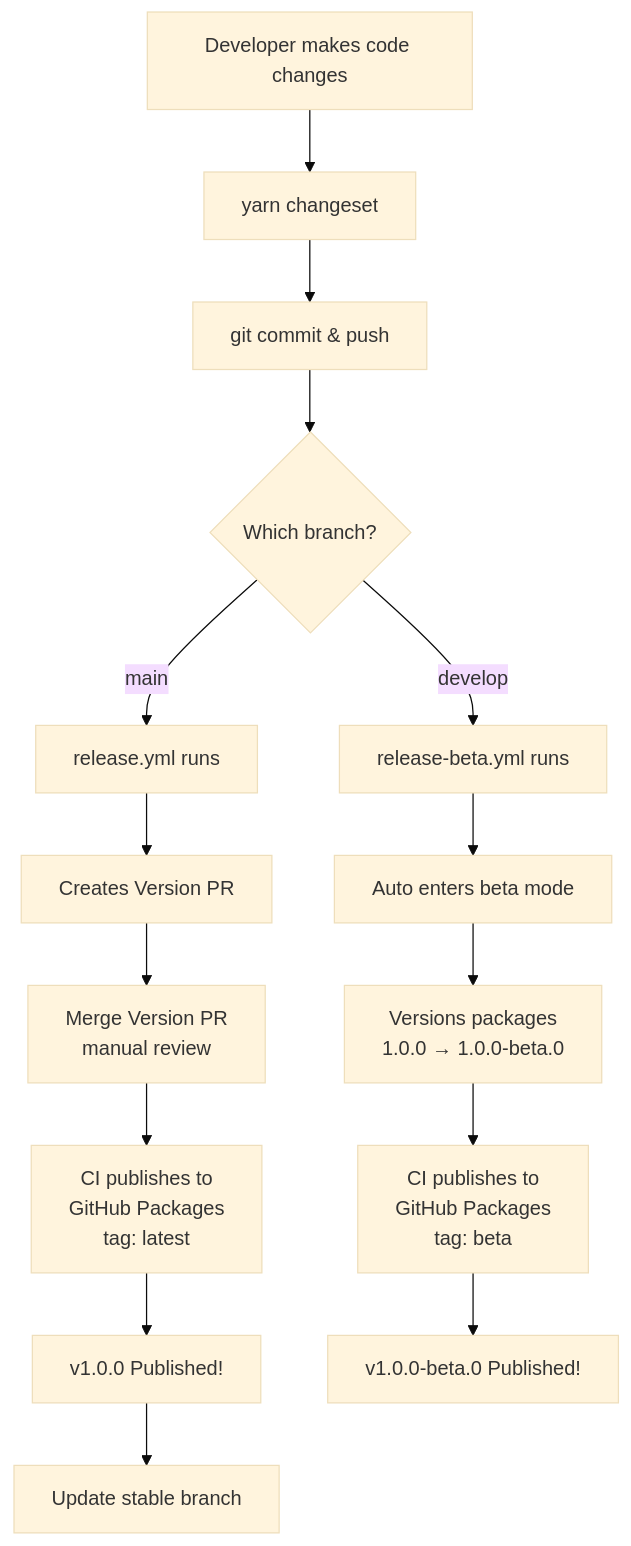
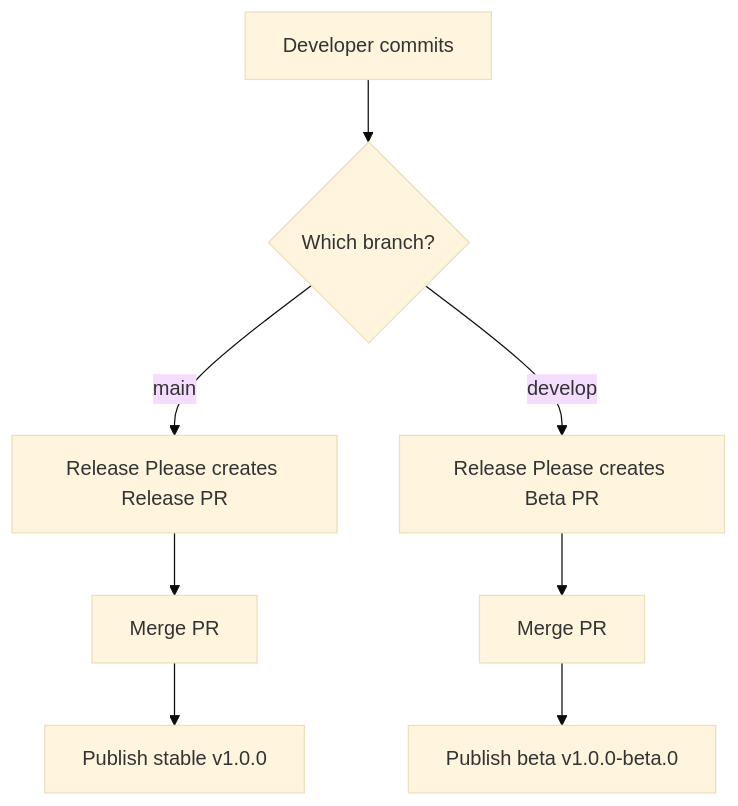
Before and after one commit to Phathdt/mono-sdk: the diagram in docs/release-workflow.md, drawn with Mermaid (base theme). The commit also changed other lines of this file and 10 other files, not shown here.

First line of the commit message:
refactor: migrate from Changesets to Release Please

````diff
--- a/docs/release-workflow.md
+++ b/docs/release-workflow.md
@@ -19,23 +22,10 @@
 ```mermaid
 flowchart TD
-    A[Developer makes code changes] --> B[yarn changeset]
-    B --> C[git commit & push]
-    C --> D{Which branch?}
-
-    D -->|main| E[release.yml runs]
-    D -->|develop| F[release-beta.yml runs]
-
-    E --> G[Creates Version PR]
-    F --> H[Auto enters beta mode]
-
-    G --> I[Merge Version PR<br/>manual review]
-    H --> J[Versions packages<br/>1.0.0 → 1.0.0-beta.0]
-
-    I --> K[CI publishes to<br/>GitHub Packages<br/>tag: latest]
-    J --> L[CI publishes to<br/>GitHub Packages<br/>tag: beta]
-
-    K --> M[v1.0.0 Published!]
-    L --> N[v1.0.0-beta.0 Published!]
-
-    M --> O[Update stable branch]
+    A[Developer commits] --> B{Which branch?}
+    B -->|main| C[Release Please creates Release PR]
+    B -->|develop| D[Release Please creates Beta PR]
+    C --> E[Merge PR]
+    D --> F[Merge PR]
+    E --> G[Publish stable v1.0.0]
+    F --> H[Publish beta v1.0.0-beta.0]
 ```
````
